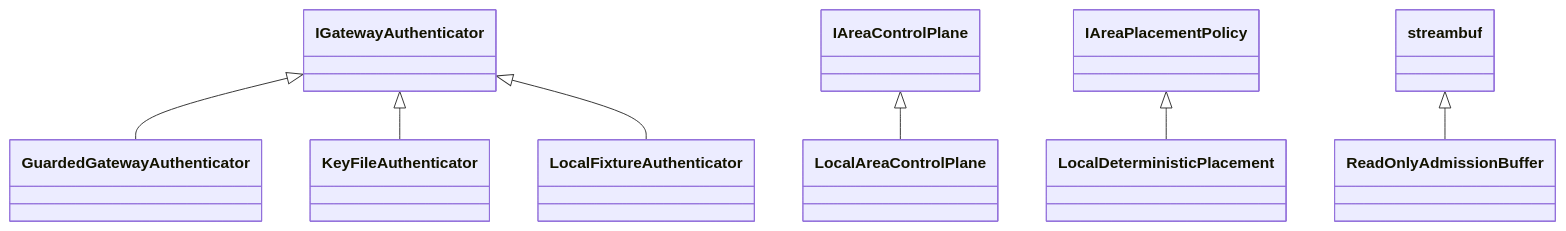
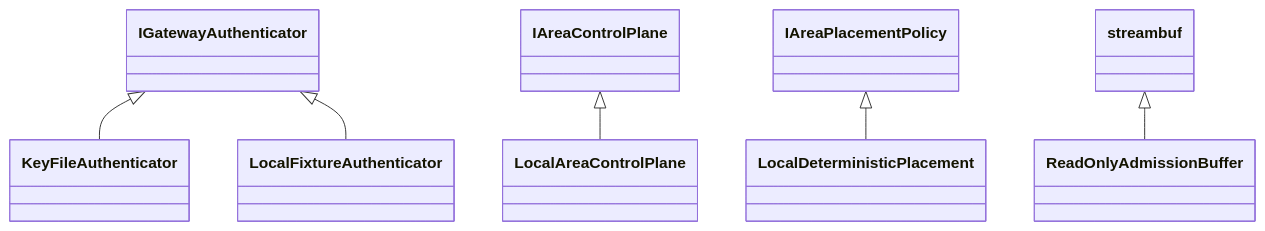
Before and after one commit to Krilliac/SparkEngine: the sixth of 8 diagrams in wiki/reference/Class-Hierarchy.md, drawn with Mermaid. The commit also changed other lines of this file and 19 other files, not shown here.

```diff
--- a/wiki/reference/Class-Hierarchy.md
+++ b/wiki/reference/Class-Hierarchy.md
@@ -374,9 +378,8 @@
 ~~~mermaid
 classDiagram
-    IGatewayAuthenticator <|-- GuardedGatewayAuthenticator
     IGatewayAuthenticator <|-- KeyFileAuthenticator
     IAreaControlPlane <|-- LocalAreaControlPlane
     IAreaPlacementPolicy <|-- LocalDeterministicPlacement
     IGatewayAuthenticator <|-- LocalFixtureAuthenticator
     streambuf <|-- ReadOnlyAdmissionBuffer
 ~~~
```
